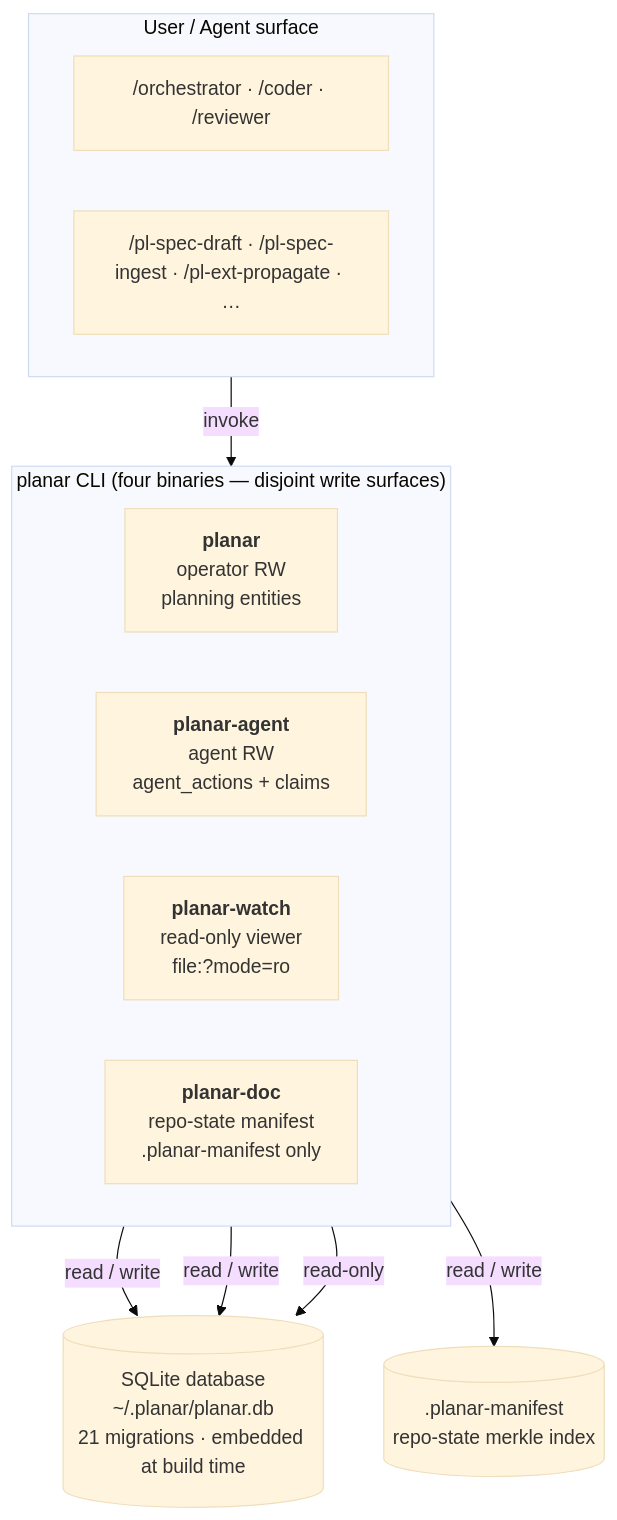
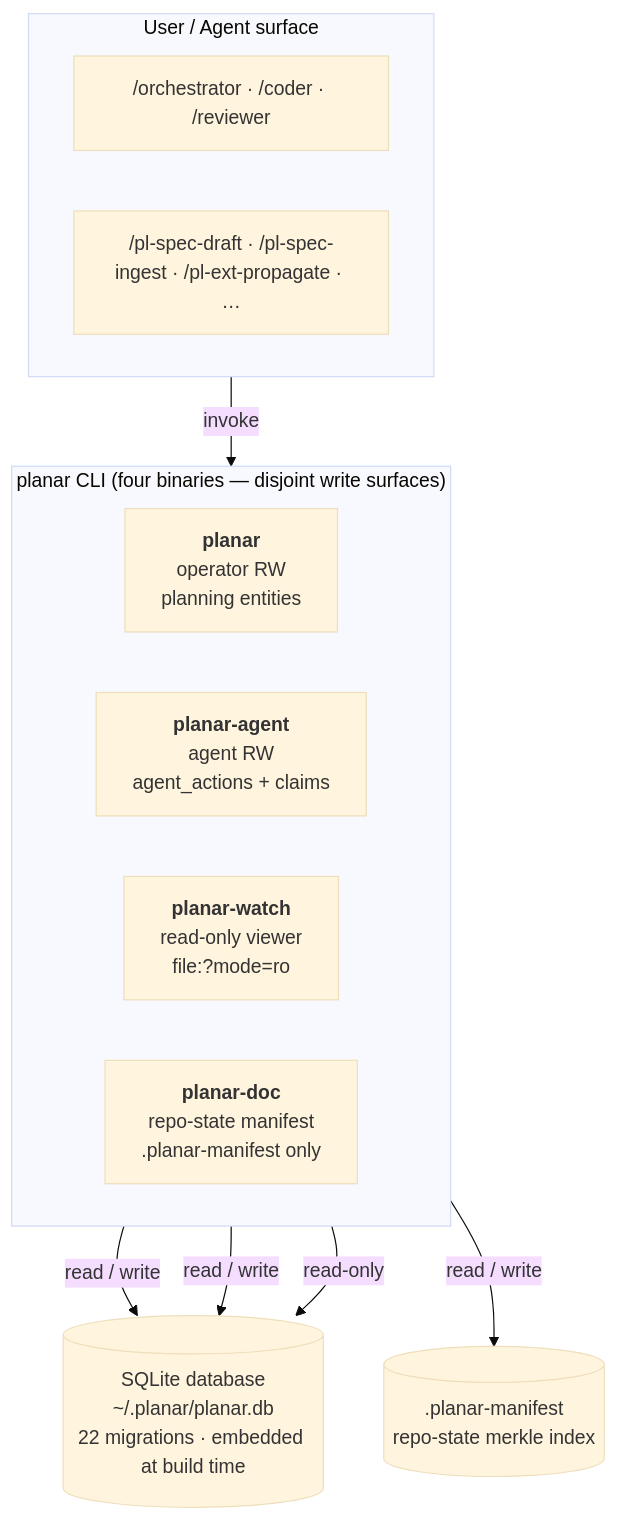
Before and after one commit to rdrsss/planar: the first of 2 diagrams in docs/architecture.md, drawn with Mermaid (base theme). The commit also changed other lines of this file and 2 other files, not shown here.

First line of the commit message:
Migration 00022: workflow_runs + context_records (plan 585 schema foundation)

````diff
--- a/docs/architecture.md
+++ b/docs/architecture.md
@@ -11,25 +11,25 @@
 ```mermaid
 flowchart TD
     subgraph Surface["User / Agent surface"]
         direction LR
         S1["/orchestrator · /coder · /reviewer"]
         S2["/pl-spec-draft · /pl-spec-ingest · /pl-ext-propagate · …"]
     end
 
     subgraph Binaries["planar CLI (four binaries — disjoint write surfaces)"]
         direction LR
         B1["<b>planar</b><br/>operator RW<br/>planning entities"]
         B2["<b>planar-agent</b><br/>agent RW<br/>agent_actions + claims"]
         B3["<b>planar-watch</b><br/>read-only viewer<br/>file:?mode=ro"]
         B4["<b>planar-doc</b><br/>repo-state manifest<br/>.planar-manifest only"]
     end
 
-    DB[("SQLite database<br/>~/.planar/planar.db<br/>21 migrations · embedded at build time")]
+    DB[("SQLite database<br/>~/.planar/planar.db<br/>22 migrations · embedded at build time")]
     MF[(".planar-manifest<br/>repo-state merkle index")]
 
     Surface -->|invoke| Binaries
     B1 -->|read / write| DB
     B2 -->|read / write| DB
     B3 -->|read-only| DB
     B4 -->|read / write| MF
 ```
````
